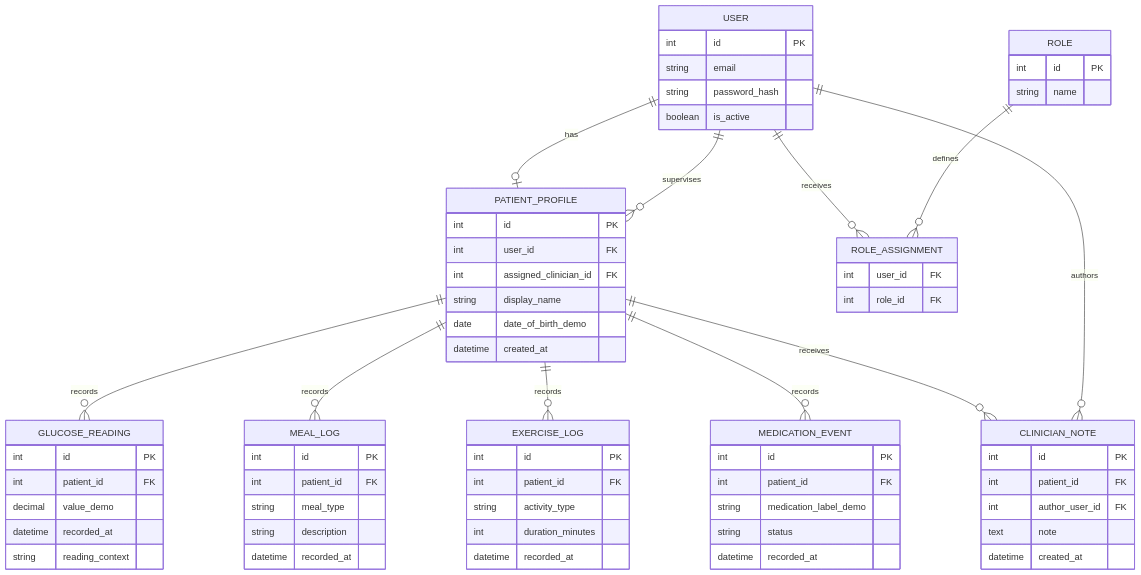
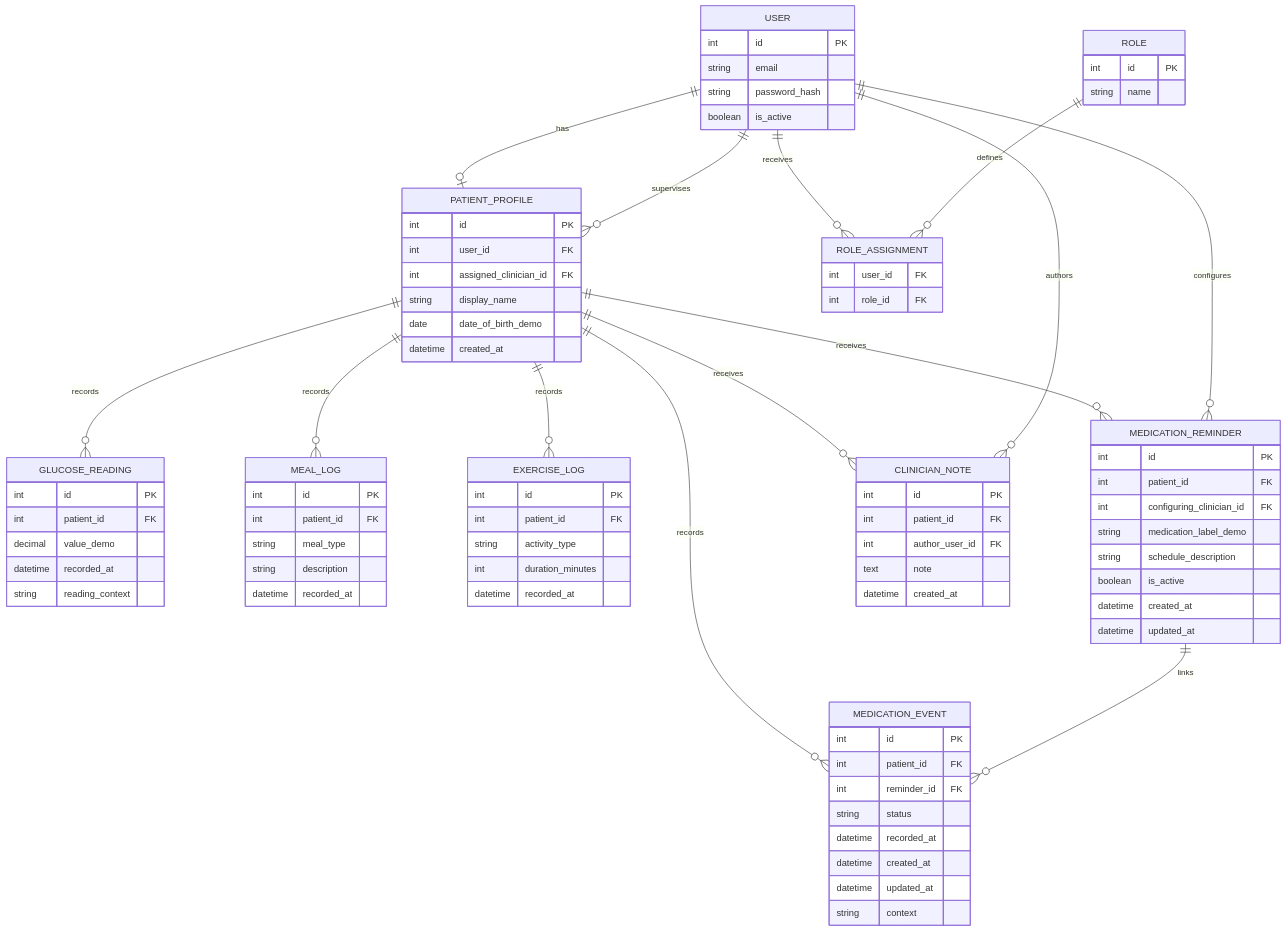
Before and after one commit to R-gitonga/AfyaGlyco: the seventh of 7 diagrams in docs/system-tutorials.md, drawn with Mermaid. The commit also changed other lines of this file and 20 other files, not shown here.

```diff
--- a/docs/system-tutorials.md
+++ b/docs/system-tutorials.md
@@ -213,7 +223,10 @@
     PATIENT_PROFILE ||--o{ GLUCOSE_READING : records
     PATIENT_PROFILE ||--o{ MEAL_LOG : records
     PATIENT_PROFILE ||--o{ EXERCISE_LOG : records
+    PATIENT_PROFILE ||--o{ MEDICATION_REMINDER : receives
     PATIENT_PROFILE ||--o{ MEDICATION_EVENT : records
+    USER ||--o{ MEDICATION_REMINDER : configures
+    MEDICATION_REMINDER ||--o{ MEDICATION_EVENT : links
     PATIENT_PROFILE ||--o{ CLINICIAN_NOTE : receives
     USER ||--o{ CLINICIAN_NOTE : authors
 
@@ -260,12 +273,25 @@
         int duration_minutes
         datetime recorded_at
     }
+    MEDICATION_REMINDER {
+        int id PK
+        int patient_id FK
+        int configuring_clinician_id FK
+        string medication_label_demo
+        string schedule_description
+        boolean is_active
+        datetime created_at
+        datetime updated_at
+    }
     MEDICATION_EVENT {
         int id PK
         int patient_id FK
-        string medication_label_demo
+        int reminder_id FK
         string status
         datetime recorded_at
+        datetime created_at
+        datetime updated_at
+        string context
     }
     CLINICIAN_NOTE {
         int id PK
```
